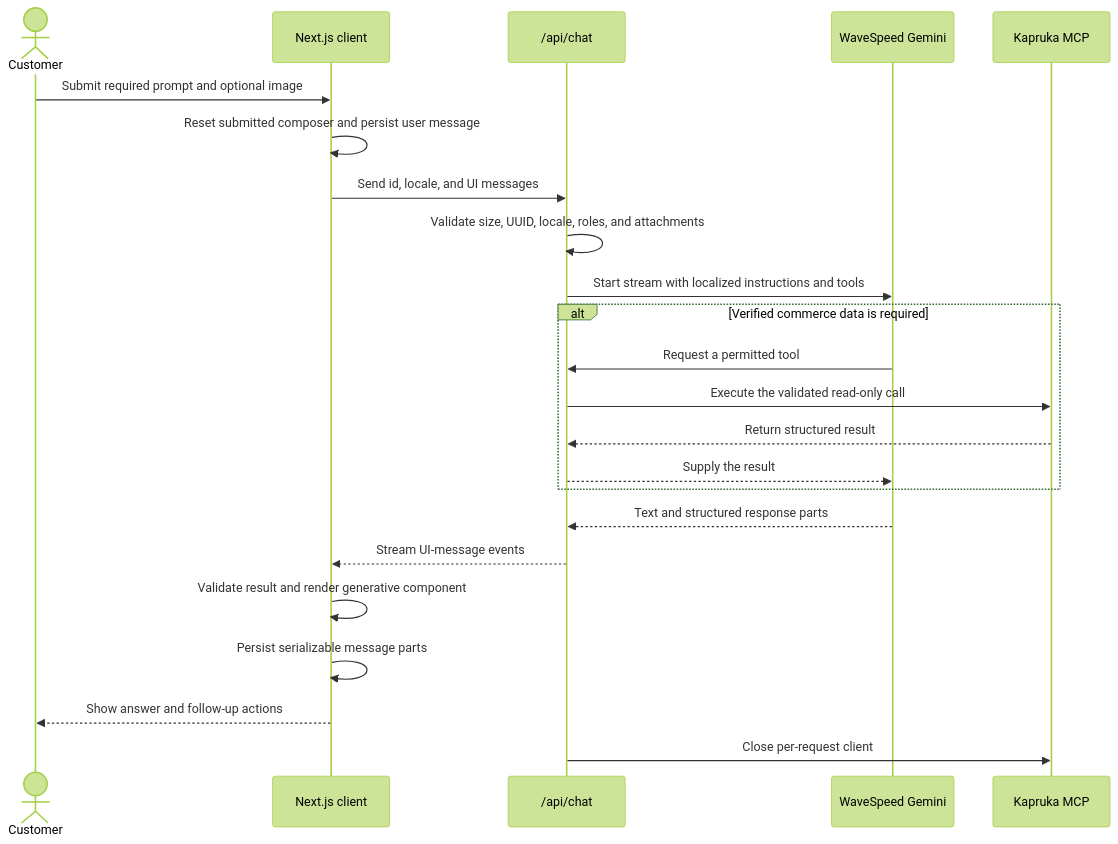
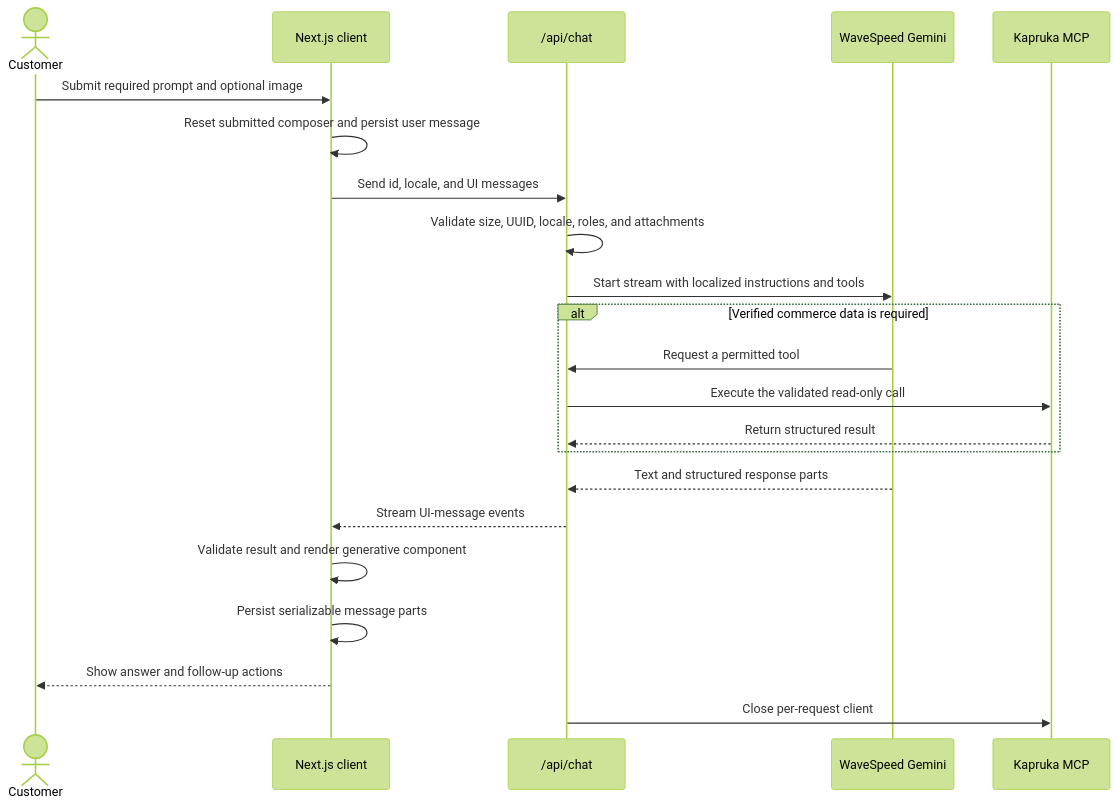
Before and after one commit to sachidumaleesha/kapruka-ai-shopping-agent: the second of 2 diagrams in README.md, drawn with Mermaid (forest theme). The commit also changed other lines of this file and 14 other files, not shown here.

```diff
--- a/README.md
+++ b/README.md
@@ -207,26 +209,25 @@
 ~~~mermaid
 sequenceDiagram
     actor Customer
     participant UI as Next.js client
     participant API as /api/chat
     participant Model as WaveSpeed Gemini
     participant MCP as Kapruka MCP
 
     Customer->>UI: Submit required prompt and optional image
     UI->>UI: Reset submitted composer and persist user message
     UI->>API: Send id, locale, and UI messages
     API->>API: Validate size, UUID, locale, roles, and attachments
     API->>Model: Start stream with localized instructions and tools
     alt Verified commerce data is required
         Model->>API: Request a permitted tool
         API->>MCP: Execute the validated read-only call
         MCP-->>API: Return structured result
-        API-->>Model: Supply the result
     end
     Model-->>API: Text and structured response parts
     API-->>UI: Stream UI-message events
     UI->>UI: Validate result and render generative component
     UI->>UI: Persist serializable message parts
     UI-->>Customer: Show answer and follow-up actions
     API->>MCP: Close per-request client
 ~~~
```
